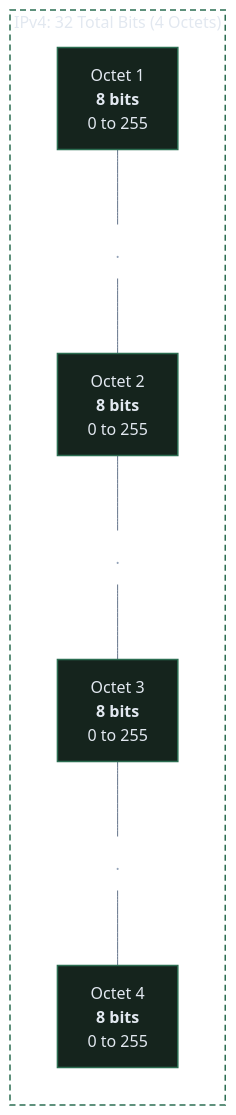
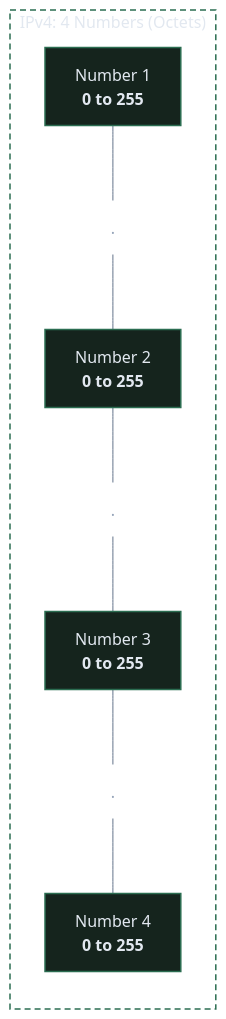
One commit to heinhtetzan/k8s-in-production changed the third of 9 diagrams in 01-intro/05-networking-basics.md. Above: the diagram before and after it, drawn with Mermaid. The commit also changed other lines of this file, not shown here.

Commit message:
docs: simplify 05 to use pure decimal numbers and remove all binary explanations

````diff
--- a/01-intro/05-networking-basics.md
+++ b/01-intro/05-networking-basics.md
@@ -151,36 +151,36 @@
 ```mermaid
 %%{init: {
   'theme': 'base',
   'themeVariables': {
     'darkMode': true,
     'background': '#0f172a',
     'primaryColor': '#1e293b',
     'primaryTextColor': '#e2e8f0',
     'primaryBorderColor': '#475569',
     'lineColor': '#64748b',
     'textColor': '#e2e8f0',
     'edgeLabelBackground': '#0f172a'
   },
   'themeCSS': '* { filter: none !important; box-shadow: none !important; } .node * { filter: none !important; } .cluster * { filter: none !important; }'
 }}%%
 graph LR
-    subgraph IPv4["IPv4: 32 Total Bits (4 Octets)"]
-        O1["Octet 1<br/><b>8 bits</b><br/>0 to 255"]
+    subgraph IPv4["IPv4: 4 Numbers (Octets)"]
+        O1["Number 1<br/><b>0 to 255</b>"]
         Dot1["."]
-        O2["Octet 2<br/><b>8 bits</b><br/>0 to 255"]
+        O2["Number 2<br/><b>0 to 255</b>"]
         Dot2["."]
-        O3["Octet 3<br/><b>8 bits</b><br/>0 to 255"]
+        O3["Number 3<br/><b>0 to 255</b>"]
         Dot3["."]
-        O4["Octet 4<br/><b>8 bits</b><br/>0 to 255"]
+        O4["Number 4<br/><b>0 to 255</b>"]
 
         O1 --- Dot1 --- O2 --- Dot2 --- O3 --- Dot3 --- O4
     end
 
     style IPv4 fill:none,stroke:#2b6d51,stroke-width:1.5px,stroke-dasharray: 6 4,color:#e2e8f0;
 
     classDef cOctet fill:#15241d,stroke:#2b6d51,stroke-width:1.5px,color:#e2e8f0;
     classDef cDot fill:none,stroke:none,color:#94a3b8;
 
     class O1,O2,O3,O4 cOctet;
     class Dot1,Dot2,Dot3 cDot;
 ```
````
